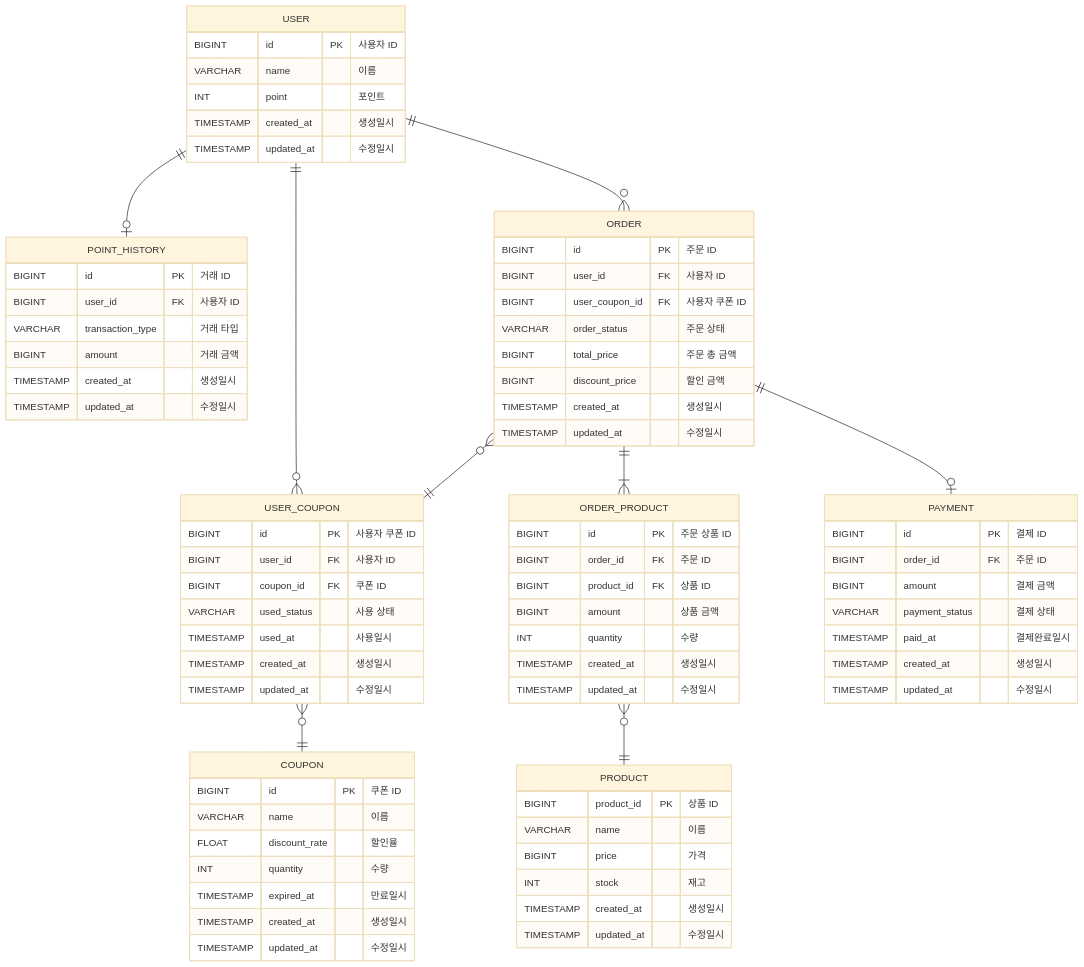
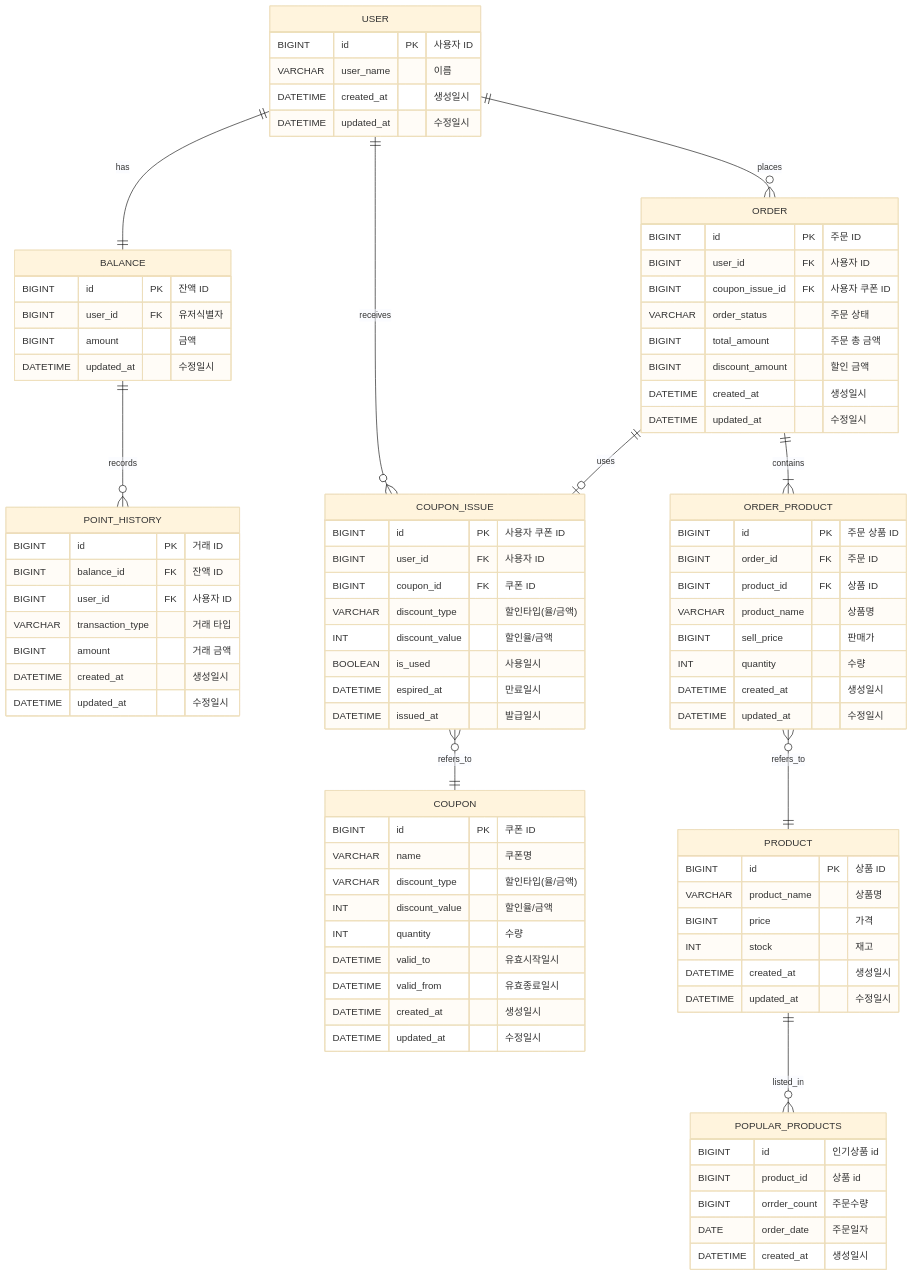
One commit to najang/hhplus_e-commerce changed the diagram in docs/erd.md. Above: the diagram before and after it, drawn with Mermaid (base theme).

Commit message:
[docs] ERD 수정

````diff
--- a/docs/erd.md
+++ b/docs/erd.md
@@ -3,91 +3,100 @@
 ```mermaid
 erDiagram
-USER ||--o| POINT_HISTORY: ""
+    USER ||--|| BALANCE : "has"
+    BALANCE ||--o{ POINT_HISTORY : "records"
 
-    USER ||--o{ USER_COUPON: ""
-    USER_COUPON }o--||COUPON: ""
+    USER ||--o{ COUPON_ISSUE : "receives"
+    COUPON_ISSUE }o--|| COUPON : "refers_to"
 
-    USER ||--o{ ORDER: ""
-    ORDER }o--|| USER_COUPON: ""
-    ORDER ||--|{ ORDER_PRODUCT: ""
-    ORDER_PRODUCT }o--|| PRODUCT: ""
-
-    ORDER ||--o| PAYMENT: ""
+    USER ||--o{ ORDER : "places"
+    ORDER ||--o| COUPON_ISSUE : "uses"
+    ORDER ||--|{ ORDER_PRODUCT : "contains"
+    ORDER_PRODUCT }o--|| PRODUCT : "refers_to"
+    PRODUCT ||--o{ POPULAR_PRODUCTS : "listed_in"
 
     USER {
         BIGINT id PK "사용자 ID"
-        VARCHAR name "이름"
-        INT point "포인트"
-        TIMESTAMP created_at "생성일시"
-        TIMESTAMP updated_at "수정일시"
+        VARCHAR user_name "이름"
+        DATETIME created_at "생성일시"
+        DATETIME updated_at "수정일시"
+    }
+
+    BALANCE {
+        BIGINT id PK "잔액 ID"
+        BIGINT user_id FK "유저식별자"
+        BIGINT amount "금액"
+        DATETIME updated_at "수정일시"
     }
     
     POINT_HISTORY {
         BIGINT id PK "거래 ID"
+        BIGINT balance_id FK "잔액 ID"
         BIGINT user_id FK "사용자 ID"
         VARCHAR transaction_type "거래 타입"
         BIGINT amount "거래 금액"
-        TIMESTAMP created_at "생성일시"
-        TIMESTAMP updated_at "수정일시"
+        DATETIME created_at "생성일시"
+        DATETIME updated_at "수정일시"
     }
 
-    USER_COUPON {
+    COUPON_ISSUE {
         BIGINT id PK "사용자 쿠폰 ID"
         BIGINT user_id FK "사용자 ID"
         BIGINT coupon_id FK "쿠폰 ID"
-        VARCHAR used_status "사용 상태"
-        TIMESTAMP used_at "사용일시"
-        TIMESTAMP created_at "생성일시"
-        TIMESTAMP updated_at "수정일시"
+        VARCHAR discount_type "할인타입(율/금액)"
+        INT discount_value "할인율/금액"
+        BOOLEAN is_used "사용일시"
+        DATETIME espired_at "만료일시"
+        DATETIME issued_at "발급일시"
     }
 
     COUPON {
         BIGINT id PK "쿠폰 ID"
-        VARCHAR name "이름"
-        FLOAT discount_rate "할인율"
+        VARCHAR name "쿠폰명"
+        VARCHAR discount_type "할인타입(율/금액)"
+        INT discount_value "할인율/금액"
         INT quantity "수량"
-        TIMESTAMP expired_at "만료일시"
-        TIMESTAMP created_at "생성일시"
-        TIMESTAMP updated_at "수정일시"
+        DATETIME valid_to "유효시작일시"
+        DATETIME valid_from "유효종료일시"
+        DATETIME created_at "생성일시"
+        DATETIME updated_at "수정일시"
     }
 
     ORDER {
         BIGINT id PK "주문 ID"
         BIGINT user_id FK "사용자 ID"
-        BIGINT user_coupon_id FK "사용자 쿠폰 ID"
+        BIGINT coupon_issue_id FK "사용자 쿠폰 ID"
         VARCHAR order_status "주문 상태"
-        BIGINT total_price "주문 총 금액"
-        BIGINT discount_price "할인 금액"
-        TIMESTAMP created_at "생성일시"
-        TIMESTAMP updated_at "수정일시"
+        BIGINT total_amount "주문 총 금액"
+        BIGINT discount_amount "할인 금액"
+        DATETIME created_at "생성일시"
+        DATETIME updated_at "수정일시"
     }
 
     ORDER_PRODUCT {
         BIGINT id PK "주문 상품 ID"
         BIGINT order_id FK "주문 ID"
         BIGINT product_id FK "상품 ID"
-        BIGINT amount "상품 금액"
+        VARCHAR product_name "상품명"
+        BIGINT sell_price "판매가"
         INT quantity "수량"
-        TIMESTAMP created_at "생성일시"
-        TIMESTAMP updated_at "수정일시"
+        DATETIME created_at "생성일시"
+        DATETIME updated_at "수정일시"
     }
 
     PRODUCT {
-        BIGINT product_id PK "상품 ID"
-        VARCHAR name "이름"
+        BIGINT id PK "상품 ID"
+        VARCHAR product_name "상품명"
         BIGINT price "가격"
         INT stock "재고"
-        TIMESTAMP created_at "생성일시"
-        TIMESTAMP updated_at "수정일시"
+        DATETIME created_at "생성일시"
+        DATETIME updated_at "수정일시"
     }
 
-    PAYMENT {
-        BIGINT id PK "결제 ID"
-        BIGINT order_id FK "주문 ID"
-        BIGINT amount "결제 금액"
-        VARCHAR payment_status "결제 상태"
-        TIMESTAMP paid_at "결제완료일시"
-        TIMESTAMP created_at "생성일시"
-        TIMESTAMP updated_at "수정일시"
+    POPULAR_PRODUCTS {
+        BIGINT id "인기상품 id"
+        BIGINT product_id "상품 id"
+        BIGINT orrder_count "주문수량"
+        DATE order_date "주문일자"
+        DATETIME created_at "생성일시"
     }
 ```
````
